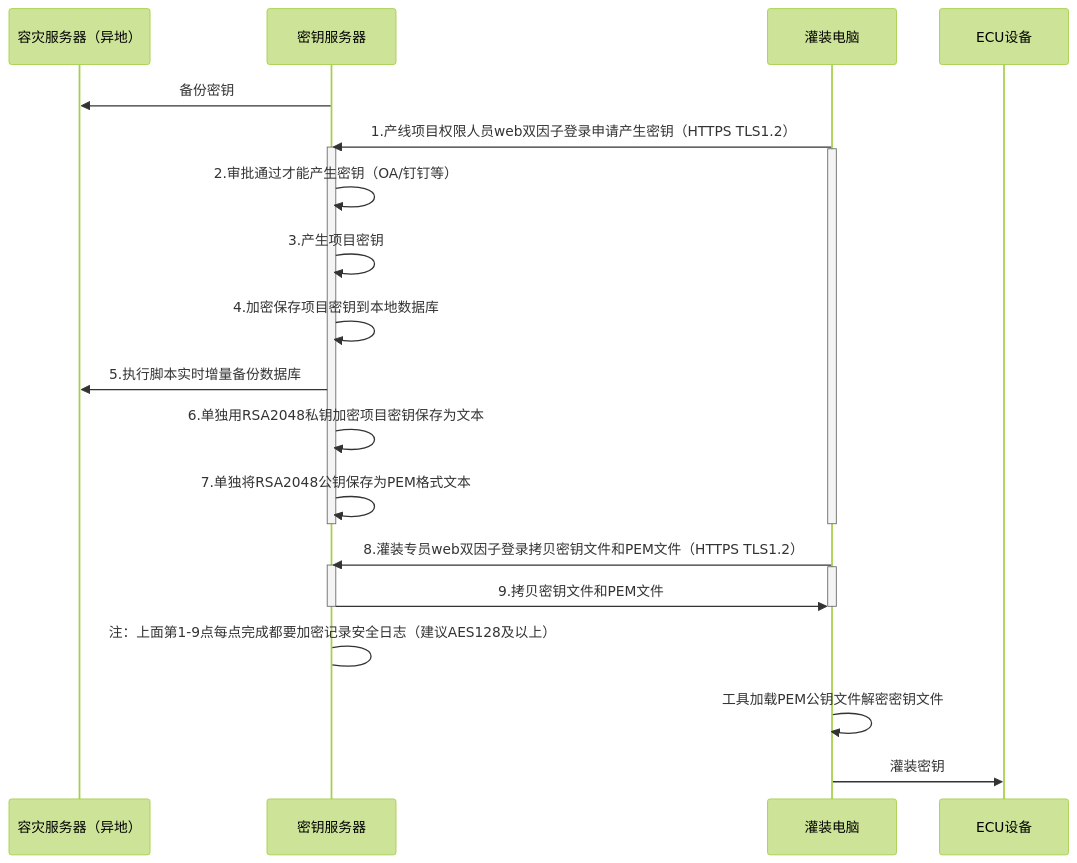
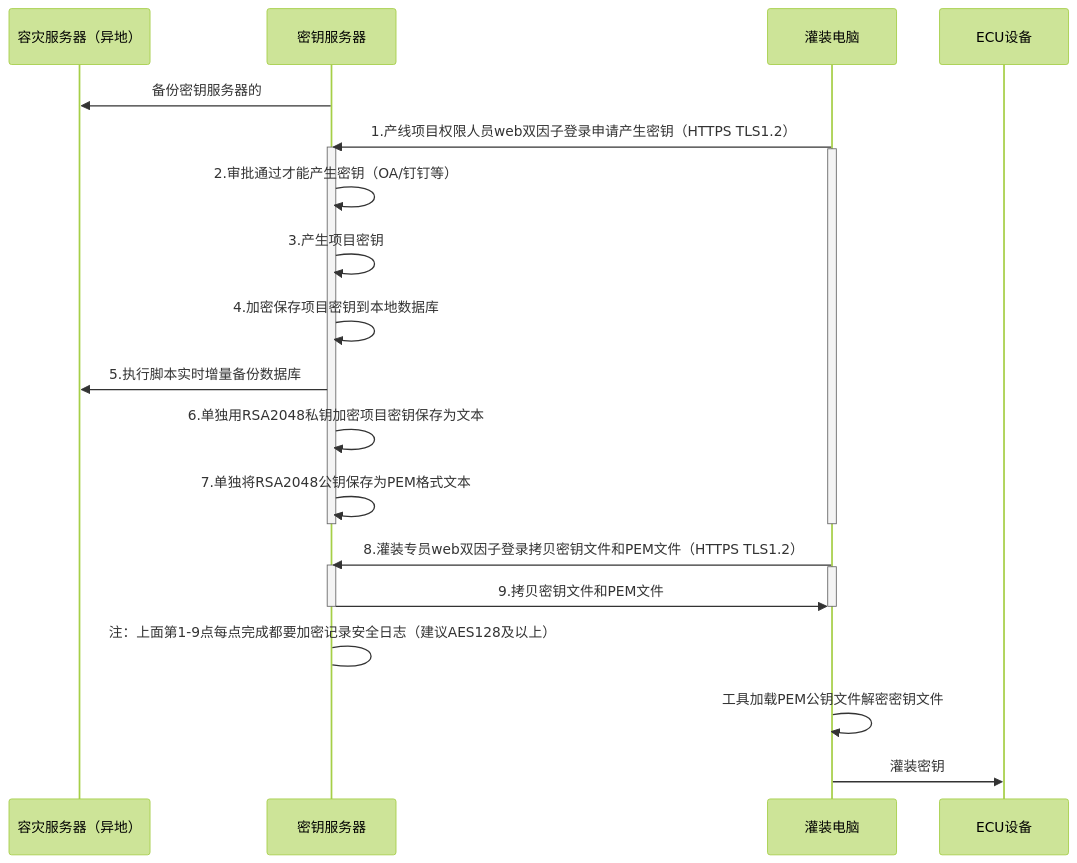
Before and after one commit to facebook-cloud/iodraw-files: the diagram in all/未命名-15.md, drawn with Mermaid (forest theme).

Commit message:
2026-02-12 16:17:20 update

````diff
--- a/all/未命名-15.md
+++ b/all/未命名-15.md
@@ -1,32 +1,32 @@
 ```mermaid
 sequenceDiagram
     participant A as 容灾服务器（异地）
     participant B as 密钥服务器
     participant D as 灌装电脑
     participant E as ECU设备
 
-    B->>A: 备份密钥
+    B->>A: 备份密钥服务器的
     D->>B: 1.产线项目权限人员web双因子登录申请产生密钥（HTTPS TLS1.2）
     activate B
     activate D
     B->>B: 2.审批通过才能产生密钥（OA/钉钉等）
     B->>B: 3.产生项目密钥
     B->>B: 4.加密保存项目密钥到本地数据库
     B->>A: 5.执行脚本实时增量备份数据库
     B->>B: 6.单独用RSA2048私钥加密项目密钥保存为文本
     B->>B: 7.单独将RSA2048公钥保存为PEM格式文本
     deactivate B
     deactivate D
     
     D->>B: 8.灌装专员web双因子登录拷贝密钥文件和PEM文件（HTTPS TLS1.2）
     activate B
     activate D
     B->>D: 9.拷贝密钥文件和PEM文件
     deactivate B
     deactivate D
     B->B: 注：上面第1-9点每点完成都要加密记录安全日志（建议AES128及以上）
 
     D->>D:工具加载PEM公钥文件解密密钥文件
     
     D->>E: 灌装密钥
 ```
````
